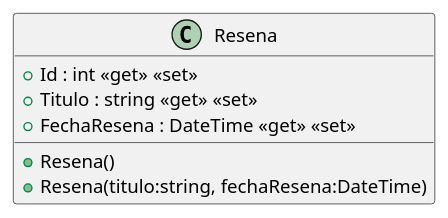
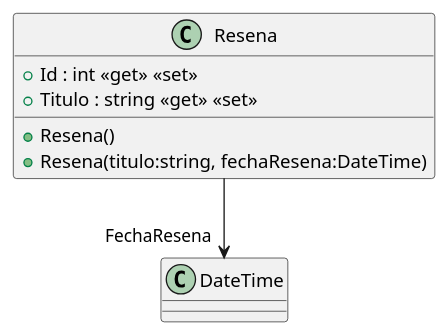
One commit to ISII2627DDNProject/ISII2627DDNProject changed the diagram in src/AppForSEII.API/ClassDiagram/Resena.puml. Above: the diagram before and after it, drawn with PlantUML. The commit also changed 11 other files, not shown here.

First line of the commit message:
Implementación dell diagrama del CU1: Comprar libros (#74)

```diff
--- a/src/AppForSEII.API/ClassDiagram/Resena.puml
+++ b/src/AppForSEII.API/ClassDiagram/Resena.puml
@@ -1,9 +1,9 @@
 @startuml
 class Resena {
     + Resena()
     + Resena(titulo:string, fechaResena:DateTime)
     + Id : int <<get>> <<set>>
     + Titulo : string <<get>> <<set>>
-    + FechaResena : DateTime <<get>> <<set>>
 }
+Resena --> "FechaResena" DateTime
 @enduml
```
